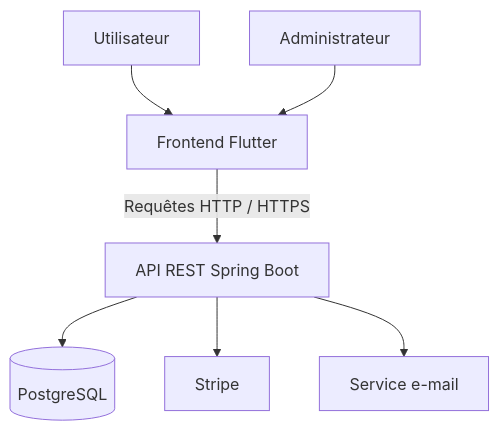
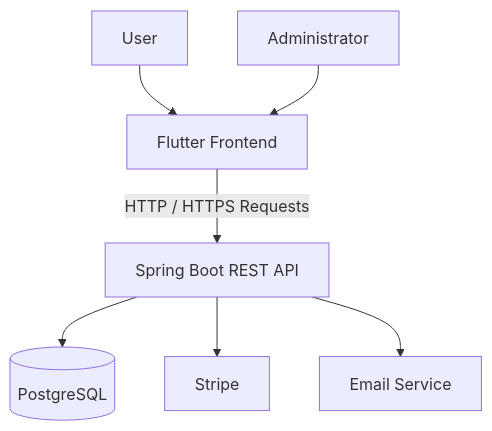
One commit to ikraammel/eBus_frontend changed the diagram in README.md. Above: the diagram before and after it, drawn with Mermaid. The commit also changed other lines of this file, not shown here.

````diff
--- a/README.md
+++ b/README.md
@@ -108,17 +108,17 @@
 ```mermaid
 flowchart TD
-    U[Utilisateur]
-    A[Administrateur]
-    F[Frontend Flutter]
-    API[API REST Spring Boot]
+    U[User]
+    A[Administrator]
+    F[Flutter Frontend]
+    API[Spring Boot REST API]
     DB[(PostgreSQL)]
     S[Stripe]
-    M[Service e-mail]
+    M[Email Service]
 
     U --> F
     A --> F
-    F -->|Requêtes HTTP / HTTPS| API
+    F -->|HTTP / HTTPS Requests| API
     API --> DB
     API --> S
     API --> M
 ```
````
